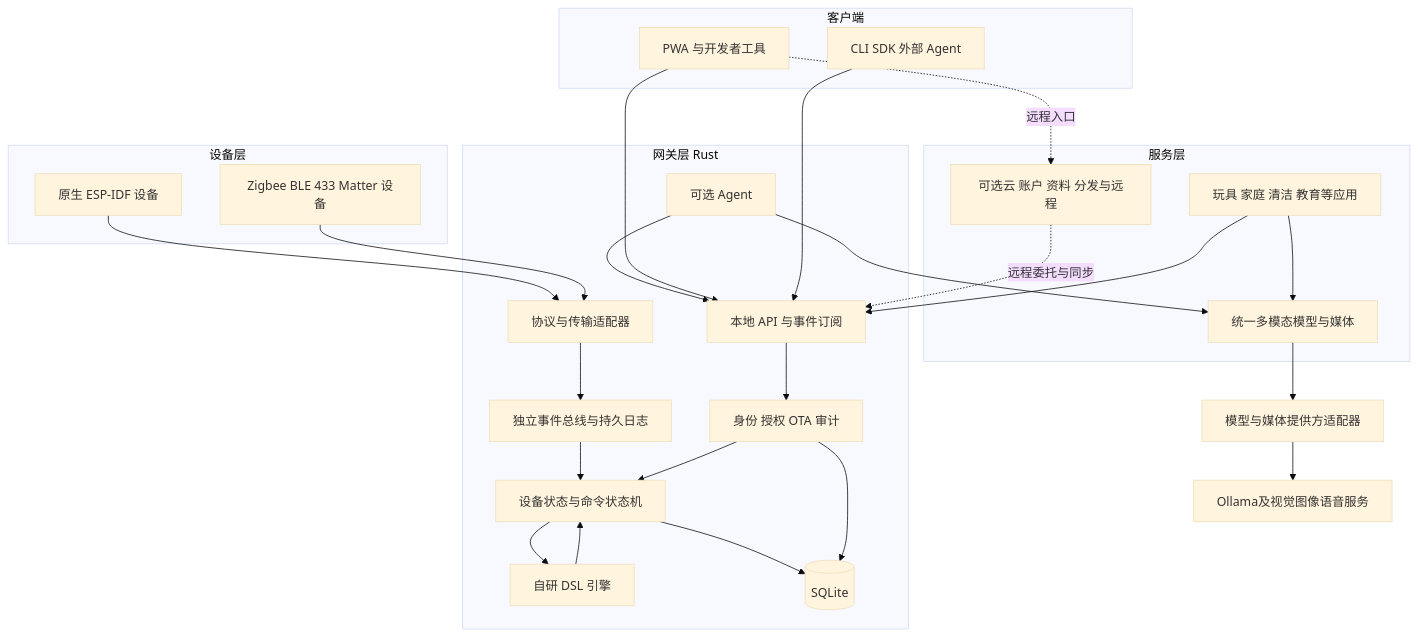
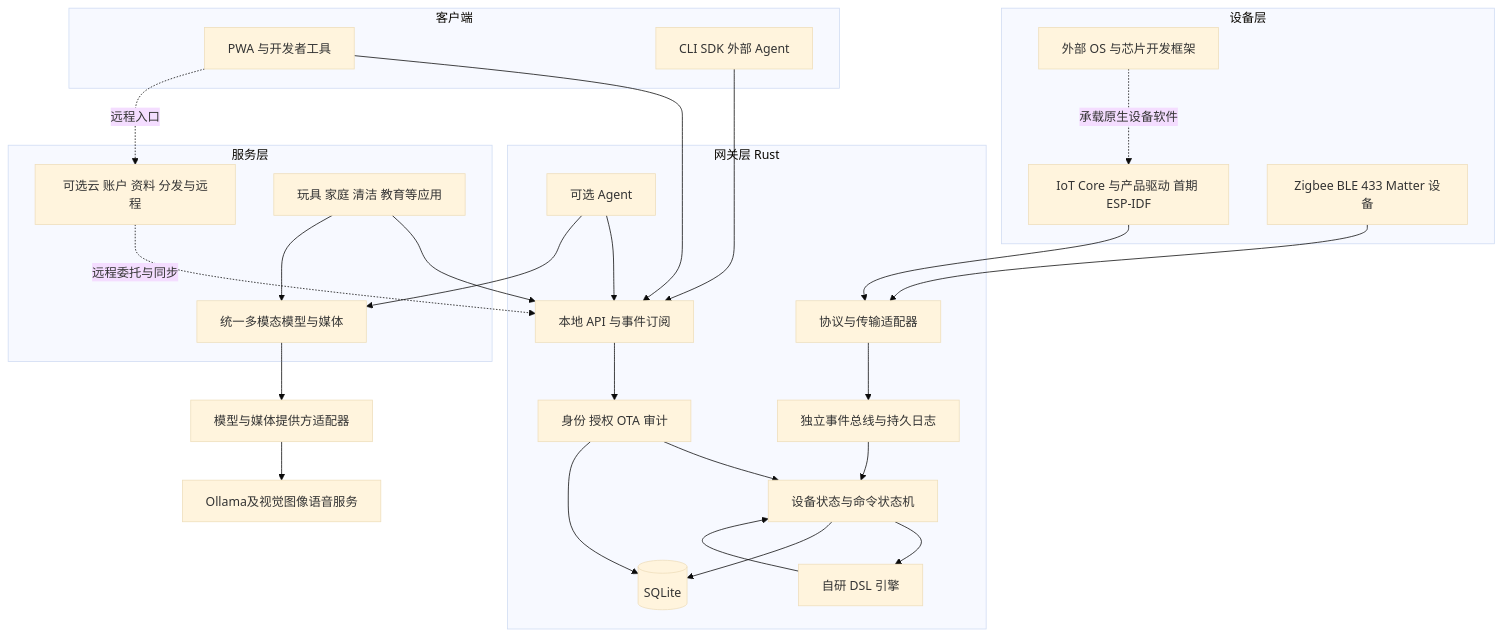
The diagram in docs/03-总体技术架构.md (limecloud/iot), drawn with Mermaid (base theme) before and after one commit. The commit also changed other lines of this file and 331 other files, not shown here.

````diff
--- a/docs/03-总体技术架构.md
+++ b/docs/03-总体技术架构.md
@@ -13,42 +29,44 @@
 ```mermaid
 flowchart TB
   subgraph D[设备层]
-    N[原生 ESP-IDF 设备]
+    N[IoT Core 与产品驱动 首期 ESP-IDF]
     H[Zigbee BLE 433 Matter 设备]
+    OS[外部 OS 与芯片开发框架]
+    OS -.承载原生设备软件.-> N
   end
   subgraph G[网关层 Rust]
     A[协议与传输适配器]
     B[独立事件总线与持久日志]
     S[设备状态与命令状态机]
     R[自研 DSL 引擎]
     I[身份 授权 OTA 审计]
     API[本地 API 与事件订阅]
     AG[可选 Agent]
     DB[(SQLite)]
     A --> B --> S
     S --> R --> S
     API --> I --> S
     S --> DB
     I --> DB
     AG --> API
   end
   subgraph C[服务层]
     CP[可选云 账户 资料 分发与远程]
     MS[统一多模态模型与媒体]
     AS[玩具 家庭 清洁 教育等应用]
   end
   subgraph U[客户端]
     WEB[PWA 与开发者工具]
     CLI[CLI SDK 外部 Agent]
   end
   N --> A
   H --> A
   WEB --> API
   CLI --> API
   CP -.远程委托与同步.-> API
   WEB -.远程入口.-> CP
   AG --> MS
   AS --> API
   AS --> MS
   MS --> PA[模型与媒体提供方适配器] --> L[Ollama及视觉图像语音服务]
 ```
````
